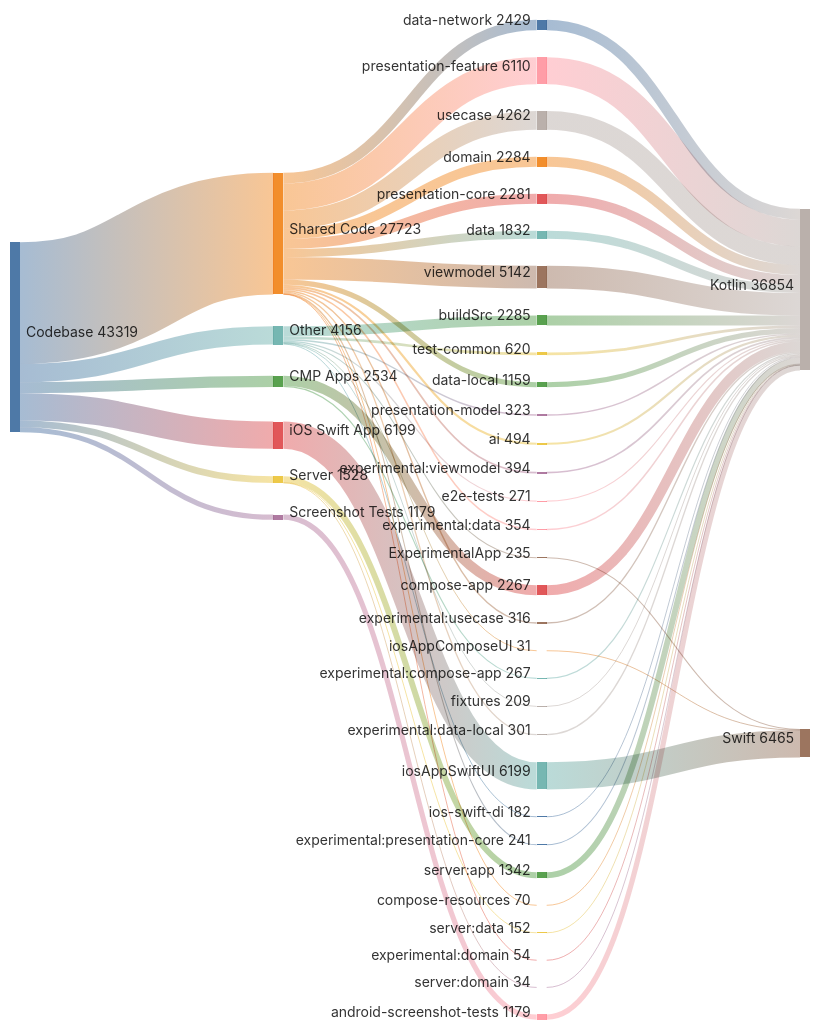
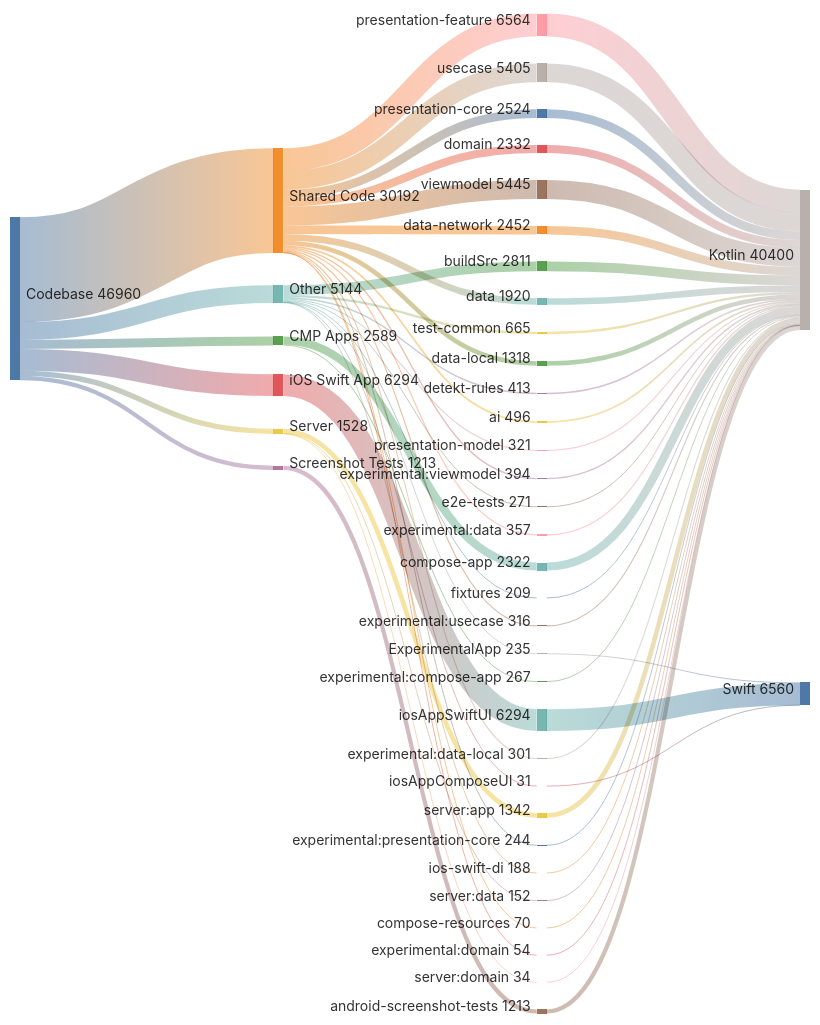
The diagram in docs/diagrams/code_distribution.mmd (cartland/battery-butler), drawn with Mermaid before and after one commit. The commit also changed 6 other files, not shown here.

Commit message:
docs(generated): Regenerate architecture diagrams and analysis

```diff
--- a/docs/diagrams/code_distribution.mmd
+++ b/docs/diagrams/code_distribution.mmd
@@ -1,87 +1,89 @@
 ---
 config:
   sankey:
     showValues: true
     width: 800
     height: 1000
     nodeAlignment: justify
     linkColor: gradient
 ---
 %% GENERATED FILE - DO NOT EDIT
 sankey-beta
 
-Codebase,Shared Code,27723
-Codebase,iOS Swift App,6199
-Codebase,Other,4156
-Codebase,CMP Apps,2534
+Codebase,Shared Code,30192
+Codebase,iOS Swift App,6294
+Codebase,Other,5144
+Codebase,CMP Apps,2589
 Codebase,Server,1528
-Codebase,Screenshot Tests,1179
+Codebase,Screenshot Tests,1213
 
-Shared Code,presentation-feature,6110
-Shared Code,viewmodel,5142
-Shared Code,usecase,4262
-Shared Code,data-network,2429
-Shared Code,domain,2284
-Shared Code,presentation-core,2281
-Shared Code,data,1832
-Shared Code,data-local,1159
-Shared Code,ai,494
+Shared Code,presentation-feature,6564
+Shared Code,viewmodel,5445
+Shared Code,usecase,5405
+Shared Code,presentation-core,2524
+Shared Code,data-network,2452
+Shared Code,domain,2332
+Shared Code,data,1920
+Shared Code,data-local,1318
+Shared Code,ai,496
 Shared Code,experimental:viewmodel,394
-Shared Code,experimental:data,354
+Shared Code,experimental:data,357
 Shared Code,experimental:usecase,316
 Shared Code,experimental:data-local,301
-Shared Code,experimental:presentation-core,241
+Shared Code,experimental:presentation-core,244
 Shared Code,compose-resources,70
 Shared Code,experimental:domain,54
 
-iOS Swift App,iosAppSwiftUI,6199
+iOS Swift App,iosAppSwiftUI,6294
 
-Other,buildSrc,2285
-Other,test-common,620
-Other,presentation-model,323
+Other,buildSrc,2811
+Other,test-common,665
+Other,detekt-rules,413
+Other,presentation-model,321
 Other,e2e-tests,271
 Other,ExperimentalApp,235
 Other,fixtures,209
-Other,ios-swift-di,182
+Other,ios-swift-di,188
 Other,iosAppComposeUI,31
 
-CMP Apps,compose-app,2267
+CMP Apps,compose-app,2322
 CMP Apps,experimental:compose-app,267
 
 Server,server:app,1342
 Server,server:data,152
 Server,server:domain,34
 
-Screenshot Tests,android-screenshot-tests,1179
+Screenshot Tests,android-screenshot-tests,1213
 
-iosAppSwiftUI,Swift,6199
-presentation-feature,Kotlin,6110
-viewmodel,Kotlin,5142
-usecase,Kotlin,4262
-data-network,Kotlin,2429
-buildSrc,Kotlin,2285
-domain,Kotlin,2284
-presentation-core,Kotlin,2281
-compose-app,Kotlin,2267
-data,Kotlin,1832
+presentation-feature,Kotlin,6564
+iosAppSwiftUI,Swift,6294
+viewmodel,Kotlin,5445
+usecase,Kotlin,5405
+buildSrc,Kotlin,2811
+presentation-core,Kotlin,2524
+data-network,Kotlin,2452
+domain,Kotlin,2332
+compose-app,Kotlin,2322
+data,Kotlin,1920
 server:app,Kotlin,1342
-android-screenshot-tests,Kotlin,1179
-data-local,Kotlin,1159
-test-common,Kotlin,620
-ai,Kotlin,494
+data-local,Kotlin,1318
+android-screenshot-tests,Kotlin,1213
+test-common,Kotlin,665
+ai,Kotlin,496
+detekt-rules,Kotlin,413
 experimental:viewmodel,Kotlin,394
-experimental:data,Kotlin,354
-presentation-model,Kotlin,323
+experimental:data,Kotlin,357
+presentation-model,Kotlin,321
 experimental:usecase,Kotlin,316
 experimental:data-local,Kotlin,301
 e2e-tests,Kotlin,271
 experimental:compose-app,Kotlin,267
-experimental:presentation-core,Kotlin,241
+experimental:presentation-core,Kotlin,244
 ExperimentalApp,Swift,235
 fixtures,Kotlin,209
-ios-swift-di,Kotlin,182
+ios-swift-di,Kotlin,188
 server:data,Kotlin,152
 compose-resources,Kotlin,70
 experimental:domain,Kotlin,54
 server:domain,Kotlin,34
 iosAppComposeUI,Swift,31
```
